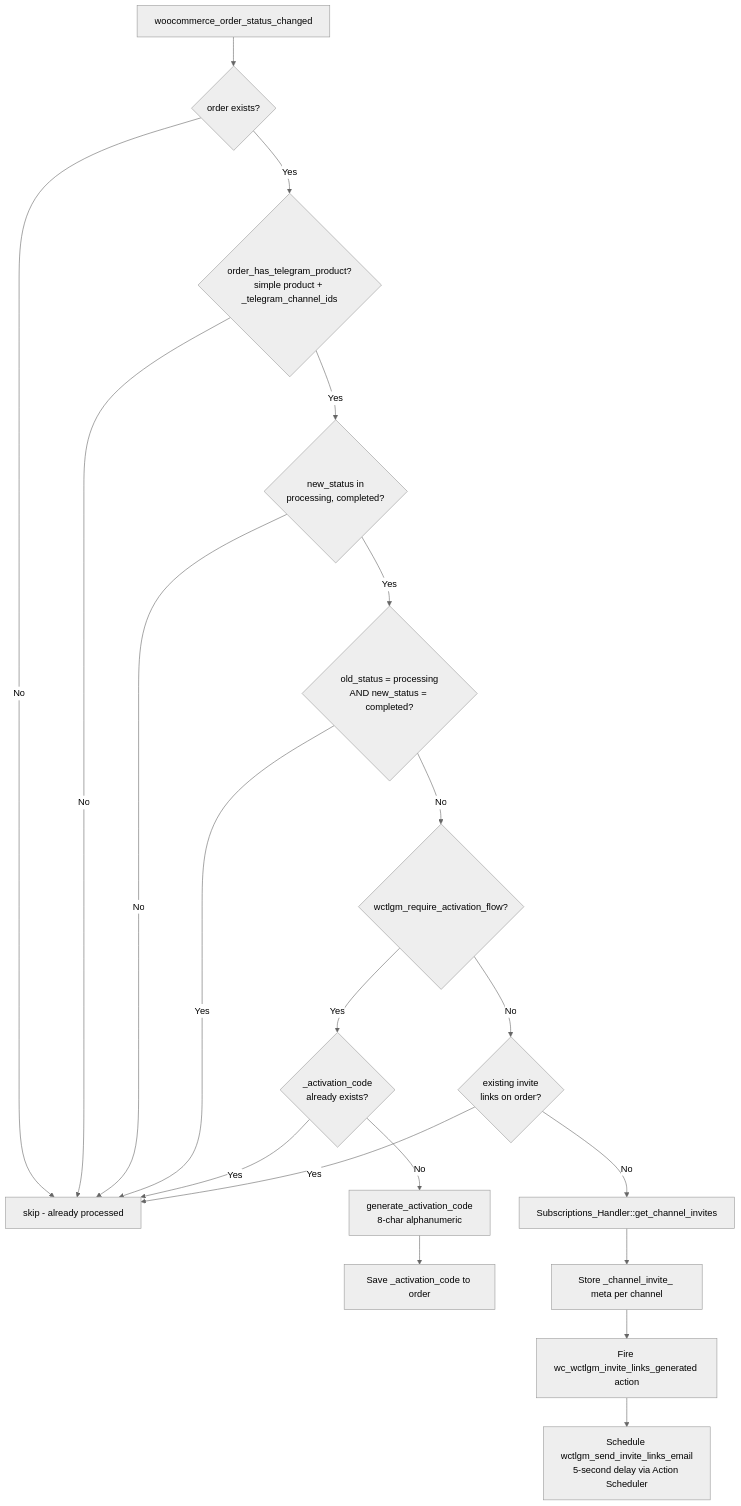
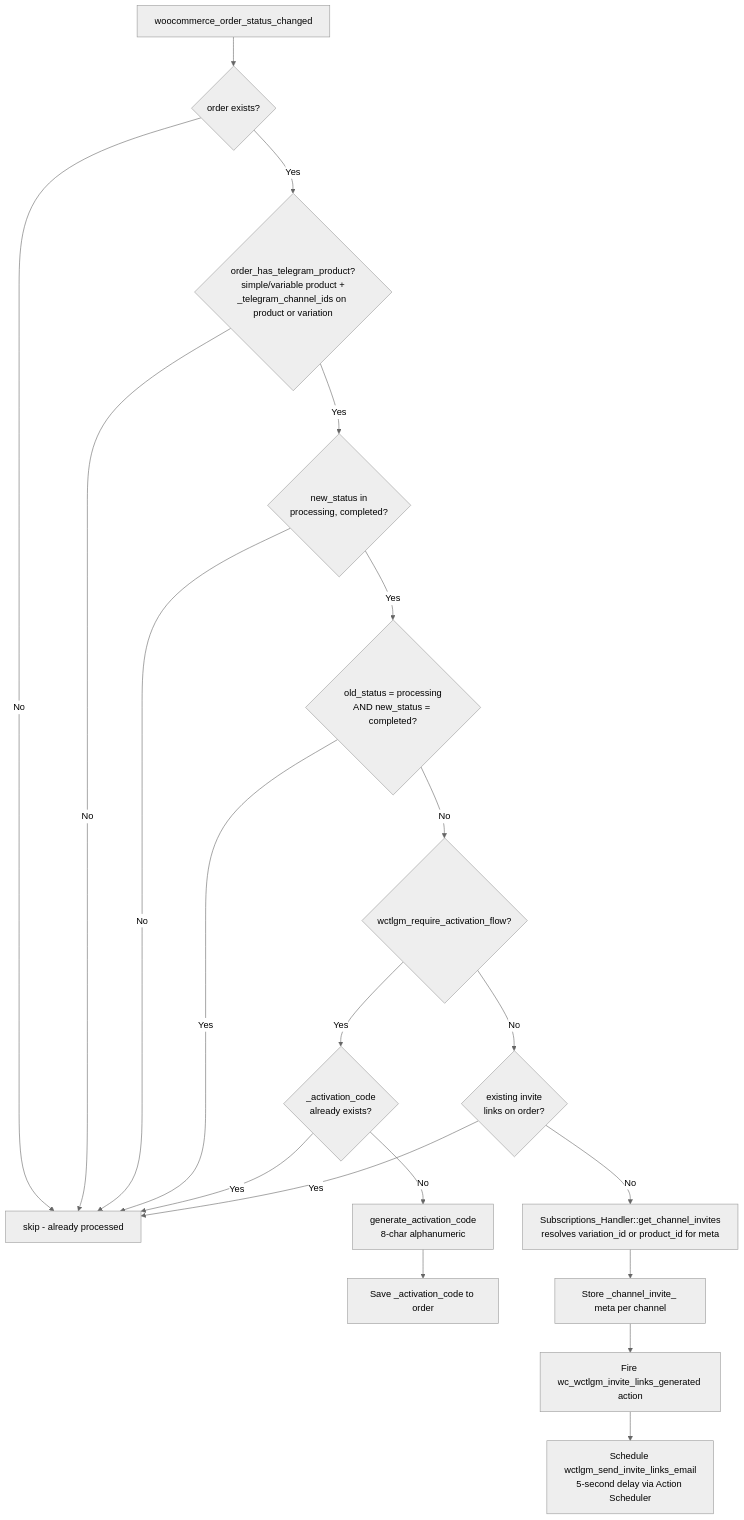
The first of 6 diagrams in agent-context/DATA-FLOW.md (nickpagz/wctlgm-subscriber-manager-lite), drawn with Mermaid (neutral theme) before and after one commit. The commit also changed other lines of this file and 11 other files, not shown here.

First line of the commit message:
Add variable product support and subscription type guards

````diff
--- a/agent-context/DATA-FLOW.md
+++ b/agent-context/DATA-FLOW.md
@@ -7,24 +7,24 @@
 ```mermaid
 flowchart TD
     A[woocommerce_order_status_changed] --> B{order exists?}
     B -->|No| Z[return]
-    B -->|Yes| C{order_has_telegram_product?<br>simple product + _telegram_channel_ids}
+    B -->|Yes| C{order_has_telegram_product?<br>simple/variable product +<br>_telegram_channel_ids on product or variation}
     C -->|No| Z
     C -->|Yes| D{new_status in<br>processing, completed?}
     D -->|No| Z
     D -->|Yes| E{old_status = processing<br>AND new_status = completed?}
     E -->|Yes| Z[skip - already processed]
     E -->|No| F{wctlgm_require_activation_flow?}
 
     F -->|Yes| G{_activation_code<br>already exists?}
     G -->|Yes| Z
     G -->|No| H[generate_activation_code<br>8-char alphanumeric]
     H --> I[Save _activation_code to order]
 
     F -->|No| J{existing invite<br>links on order?}
     J -->|Yes| Z
-    J -->|No| K[Subscriptions_Handler::get_channel_invites]
+    J -->|No| K[Subscriptions_Handler::get_channel_invites<br>resolves variation_id or product_id for meta]
     K --> L[Store _channel_invite_ meta per channel]
     L --> M[Fire wc_wctlgm_invite_links_generated action]
     M --> N[Schedule wctlgm_send_invite_links_email<br>5-second delay via Action Scheduler]
 ```
````
